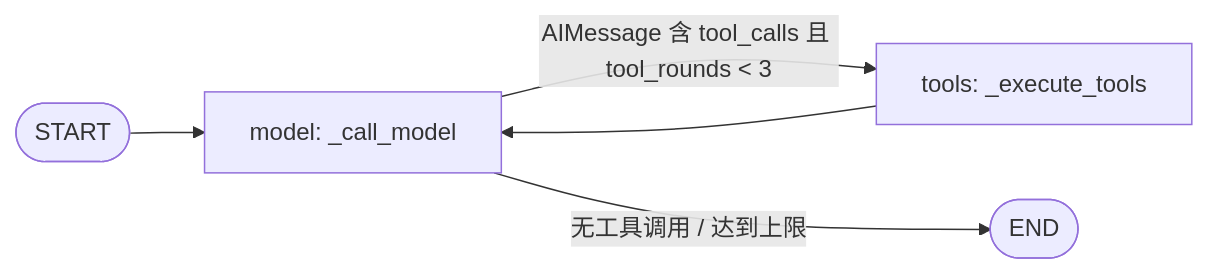
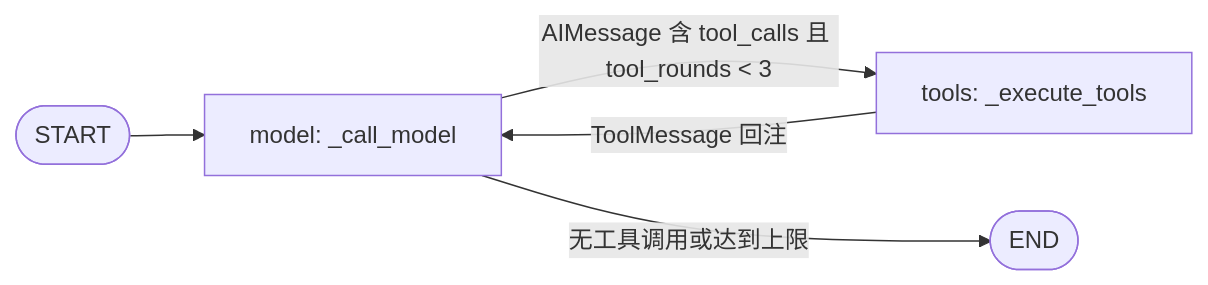
Before and after one commit to enabler666/enterprise-agent-demo: the first of 3 diagrams in docs/current-flow.md, drawn with Mermaid. The commit also changed other lines of this file and 8 other files, not shown here.

````diff
--- a/docs/current-flow.md
+++ b/docs/current-flow.md
@@ -43,7 +29,7 @@
 ```mermaid
 flowchart LR
     S([START]) --> M[model: _call_model]
     M -->|AIMessage 含 tool_calls 且 tool_rounds < 3| T[tools: _execute_tools]
-    M -->|无工具调用 / 达到上限| E([END])
-    T --> M
+    T -->|ToolMessage 回注| M
+    M -->|无工具调用或达到上限| E([END])
 ```
````
